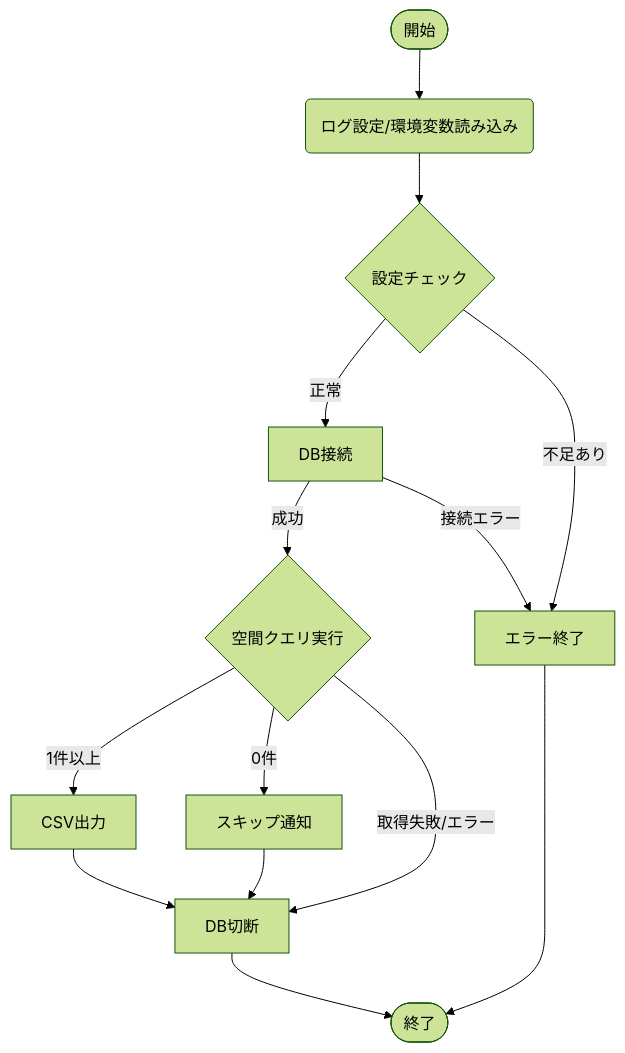
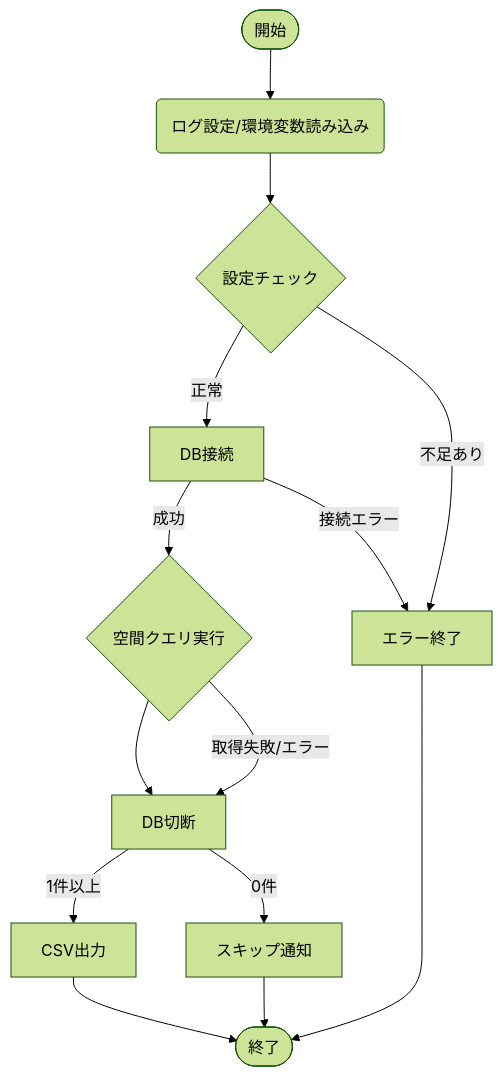
The diagram in tr_postgis/README.md (ConniConni/roomfinder), drawn with Mermaid (forest theme) before and after one commit. The commit also changed other lines of this file and 2 other files, not shown here.

````diff
--- a/tr_postgis/README.md
+++ b/tr_postgis/README.md
@@ -56,22 +61,21 @@
 ```mermaid
 flowchart TD
     Start([開始]) --> Setup(ログ設定/環境変数読み込み)
     Setup --> ConfigCheck{設定チェック}
 
     ConfigCheck -- 正常 --> Connect[DB接続]
     ConfigCheck -- 不足あり --> ErrorExit[エラー終了]
 
     Connect -- 成功 --> Query{空間クエリ実行}
     Connect -- 接続エラー --> ErrorExit
 
-    Query -- 1件以上 --> CSV[CSV出力]
-    Query -- 0件 --> Skip[スキップ通知]
+    Query --> Disconnect[DB切断]
     Query -- 取得失敗/エラー --> Disconnect[DB切断]
-    CSV --> Disconnect
-    Skip --> Disconnect
+    Disconnect -- 1件以上 --> CSV[CSV出力]
+    Disconnect -- 0件 --> Skip[スキップ通知]
 
-
-    Disconnect --> End([終了])
+    CSV --> End([終了])
+    Skip --> End
     ErrorExit --> End
 
 ```
````
